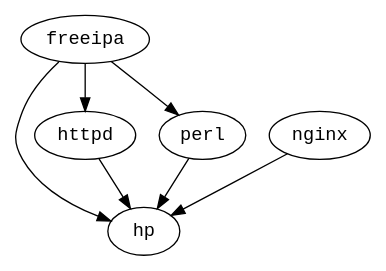
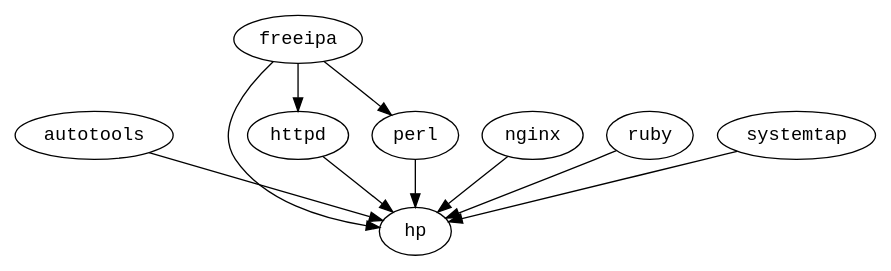
Before and after one commit to fedora-modularity/dependency-report: the diagram in img/module-deps.dot, drawn with Graphviz. The commit also changed 210 other files, not shown here.

```diff
--- a/img/module-deps.dot
+++ b/img/module-deps.dot
@@ -1,9 +1,12 @@
 strict digraph G {
   node [fontname=monospace];
+  "autotools" -> "hp";
   "freeipa" -> "hp";
   "freeipa" -> "httpd";
   "freeipa" -> "perl";
   "httpd" -> "hp";
   "nginx" -> "hp";
   "perl" -> "hp";
+  "ruby" -> "hp";
+  "systemtap" -> "hp";
 }
```
